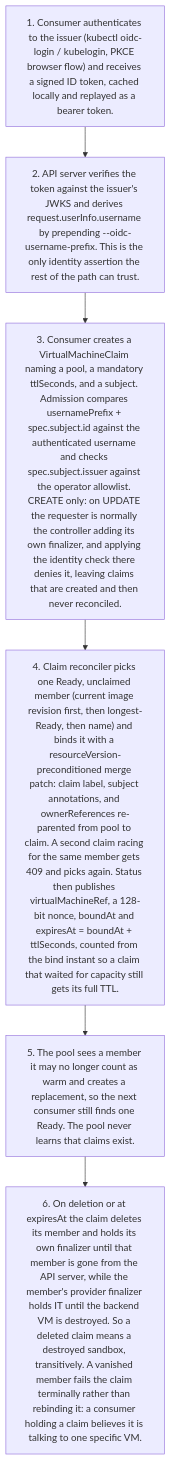
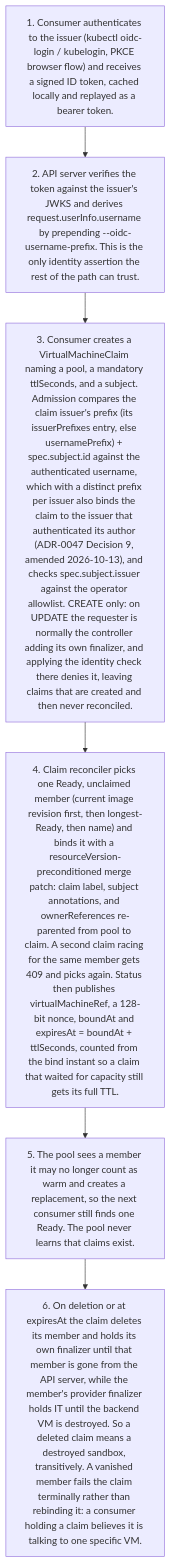
The ninth of 13 diagrams in docs/src/architecture/flows.md (firestoned/banlieue), drawn with Mermaid before and after one commit. The commit also changed 22 other files, not shown here.

Commit message:
feat: spread placement across failure domains (ADR-0098); per-issuer claim prefixes (ADR-0047); Deferred libvirt e2e

````diff
--- a/docs/src/architecture/flows.md
+++ b/docs/src/architecture/flows.md
@@ -173,10 +173,10 @@
 ```mermaid
 flowchart TD
     t1["1. Consumer authenticates to the issuer (kubectl oidc-login / kubelogin, PKCE browser flow) and receives a signed ID token, cached locally and replayed as a bearer token."]
     t2["2. API server verifies the token against the issuer's JWKS and derives request.userInfo.username by prepending --oidc-username-prefix. This is the only identity assertion the rest of the path can trust."]
-    t3["3. Consumer creates a VirtualMachineClaim naming a pool, a mandatory ttlSeconds, and a subject. Admission compares usernamePrefix + spec.subject.id against the authenticated username and checks spec.subject.issuer against the operator allowlist. CREATE only: on UPDATE the requester is normally the controller adding its own finalizer, and applying the identity check there denies it, leaving claims that are created and then never reconciled."]
+    t3["3. Consumer creates a VirtualMachineClaim naming a pool, a mandatory ttlSeconds, and a subject. Admission compares the claim issuer's prefix (its issuerPrefixes entry, else usernamePrefix) + spec.subject.id against the authenticated username, which with a distinct prefix per issuer also binds the claim to the issuer that authenticated its author (ADR-0047 Decision 9, amended 2026-10-13), and checks spec.subject.issuer against the operator allowlist. CREATE only: on UPDATE the requester is normally the controller adding its own finalizer, and applying the identity check there denies it, leaving claims that are created and then never reconciled."]
     t4["4. Claim reconciler picks one Ready, unclaimed member (current image revision first, then longest-Ready, then name) and binds it with a resourceVersion-preconditioned merge patch: claim label, subject annotations, and ownerReferences re-parented from pool to claim. A second claim racing for the same member gets 409 and picks again. Status then publishes virtualMachineRef, a 128-bit nonce, boundAt and expiresAt = boundAt + ttlSeconds, counted from the bind instant so a claim that waited for capacity still gets its full TTL."]
     t5["5. The pool sees a member it may no longer count as warm and creates a replacement, so the next consumer still finds one Ready. The pool never learns that claims exist."]
     t6["6. On deletion or at expiresAt the claim deletes its member and holds its own finalizer until that member is gone from the API server, while the member's provider finalizer holds IT until the backend VM is destroyed. So a deleted claim means a destroyed sandbox, transitively. A vanished member fails the claim terminally rather than rebinding it: a consumer holding a claim believes it is talking to one specific VM."]
     t1 --> t2 --> t3 --> t4 --> t5 --> t6
 ```
````
